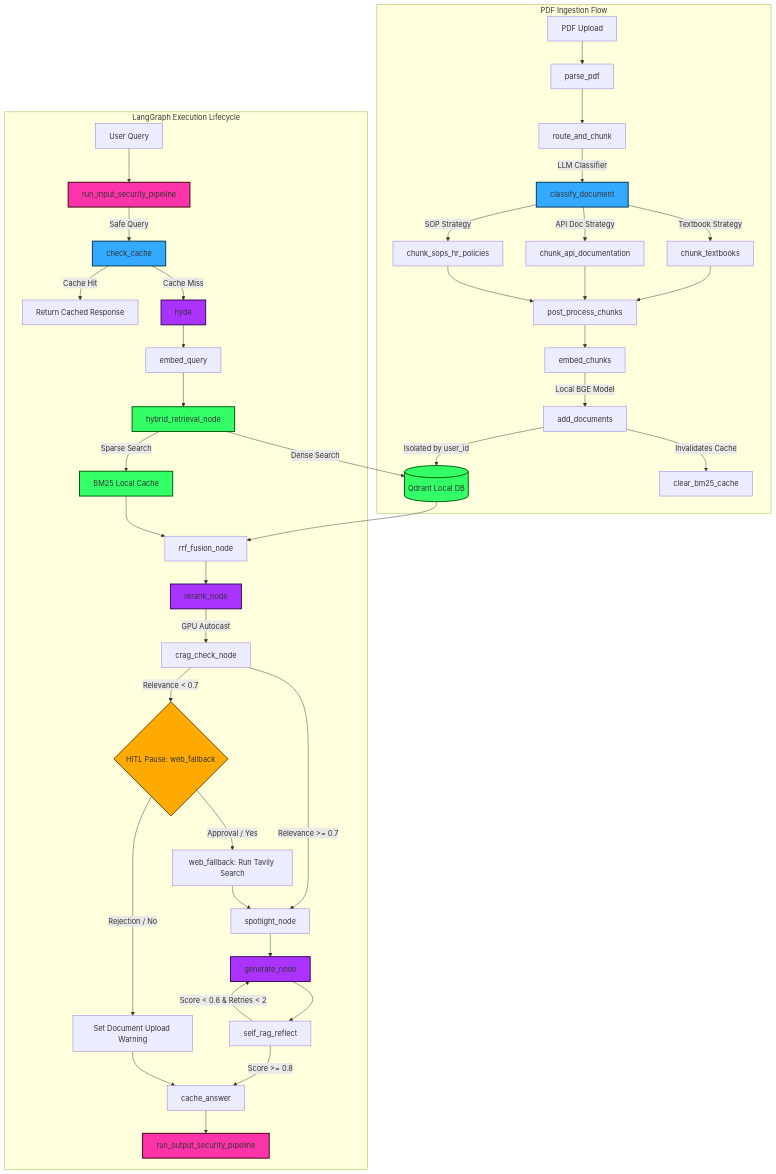
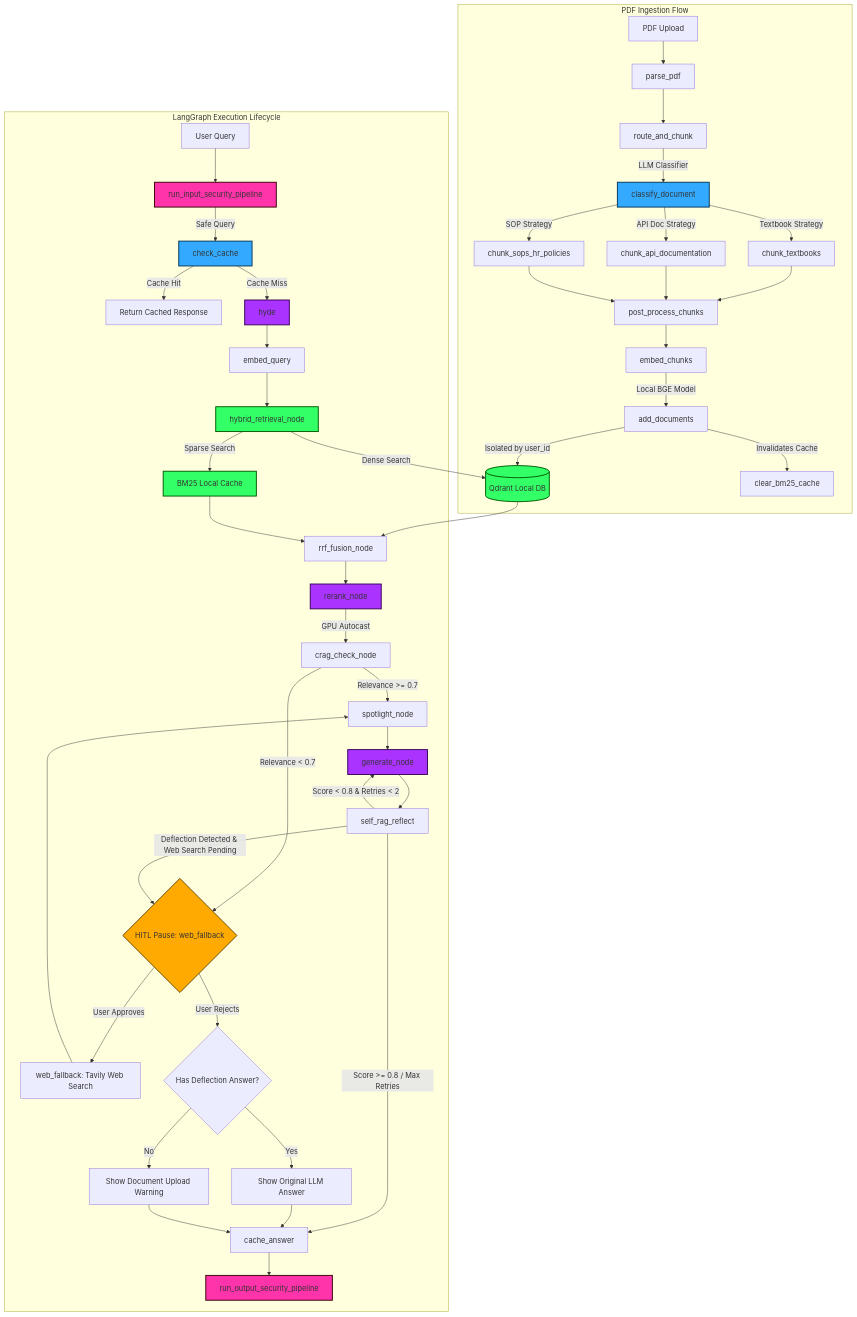
The diagram in README.md (tarun-hu/Production_Rag_Pipeline), drawn with Mermaid before and after one commit. The commit also changed other lines of this file, not shown here.

Commit message:
Update README.md with deflection detection, HITL rejection branching, and interview questions

````diff
--- a/README.md
+++ b/README.md
@@ -11,56 +11,64 @@
 ```mermaid
 graph TD
     %% Styling
     classDef security fill:#f3a,stroke:#300,stroke-width:2px;
     classDef router fill:#3af,stroke:#035,stroke-width:2px;
     classDef data fill:#3f6,stroke:#050,stroke-width:2px;
     classDef llm fill:#a3f,stroke:#305,stroke-width:2px;
     classDef pause fill:#fa0,stroke:#640,stroke-width:2px;
 
     %% Ingestion Flow
     subgraph Ingestion Pipeline [PDF Ingestion Flow]
         A[PDF Upload] --> B[parse_pdf]
         B --> C[route_and_chunk]
         C -->|LLM Classifier| D[classify_document]
         D -->|Textbook Strategy| E1[chunk_textbooks]
         D -->|API Doc Strategy| E2[chunk_api_documentation]
         D -->|SOP Strategy| E3[chunk_sops_hr_policies]
         E1 & E2 & E3 --> F[post_process_chunks]
         F --> G[embed_chunks]
         G -->|Local BGE Model| H[add_documents]
         H -->|Isolated by user_id| I[(Qdrant Local DB)]
         H -->|Invalidates Cache| J[clear_bm25_cache]
     end
 
     %% Query Flow
     subgraph RAG Query Graph [LangGraph Execution Lifecycle]
         Q[User Query] --> K[run_input_security_pipeline]:::security
         K -->|Safe Query| L[check_cache]
         L -->|Cache Hit| M[Return Cached Response]
         L -->|Cache Miss| N[hyde]:::llm
         N --> O[embed_query]
         O --> P[hybrid_retrieval_node]:::data
         P -->|Dense Search| I
         P -->|Sparse Search| R[BM25 Local Cache]
         I & R --> S[rrf_fusion_node]
         S --> T[rerank_node]:::llm
         T -->|GPU Autocast| U[crag_check_node]
         U -->|Relevance >= 0.7| W[spotlight_node]
         U -->|Relevance < 0.7| Interrupt{HITL Pause: web_fallback}:::pause
-        Interrupt -->|Rejection / No| Z_Warn[Set Document Upload Warning]
-        Interrupt -->|Approval / Yes| V[web_fallback: Run Tavily Search]
+        
+        %% HITL Branching
+        Interrupt -->|User Approves| V[web_fallback: Tavily Web Search]
+        Interrupt -->|User Rejects| RejectNode{Has Deflection Answer?}
+        RejectNode -->|Yes| ShowDeflection[Show Original LLM Answer]
+        RejectNode -->|No| ShowWarning[Show Document Upload Warning]
+
         V --> W
         W --> X[generate_node]:::llm
         X --> Y[self_rag_reflect]
+        
+        %% Deflection & Self-RAG Routing
+        Y -->|Deflection Detected & Web Search Pending| Interrupt
         Y -->|Score < 0.8 & Retries < 2| X
-        Y -->|Score >= 0.8| Z[cache_answer]
-        Z_Warn --> Z
+        Y -->|Score >= 0.8 / Max Retries| Z[cache_answer]
+        ShowDeflection & ShowWarning --> Z
         Z --> Output[run_output_security_pipeline]:::security
     end
 
     class K,Output security;
     class D,L router;
     class I,R,P data;
     class N,T,X llm;
     class Interrupt pause;
 ```
````
